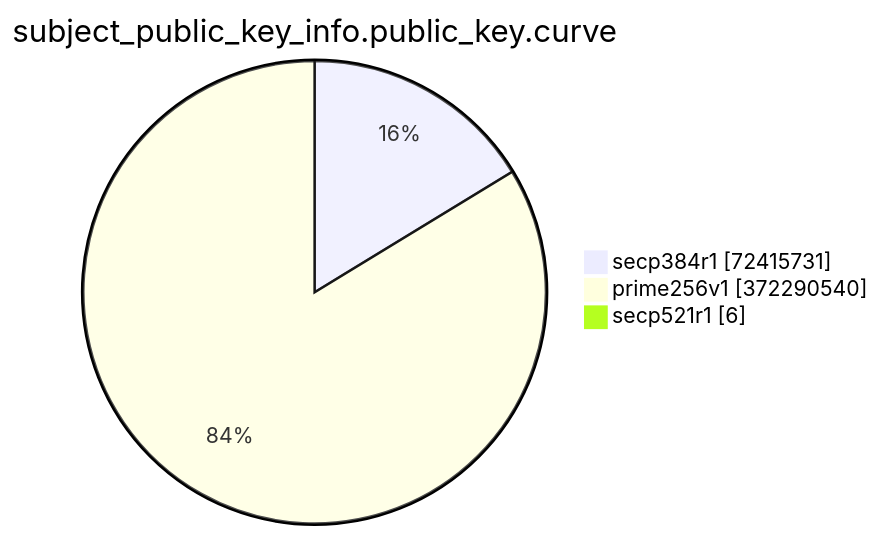
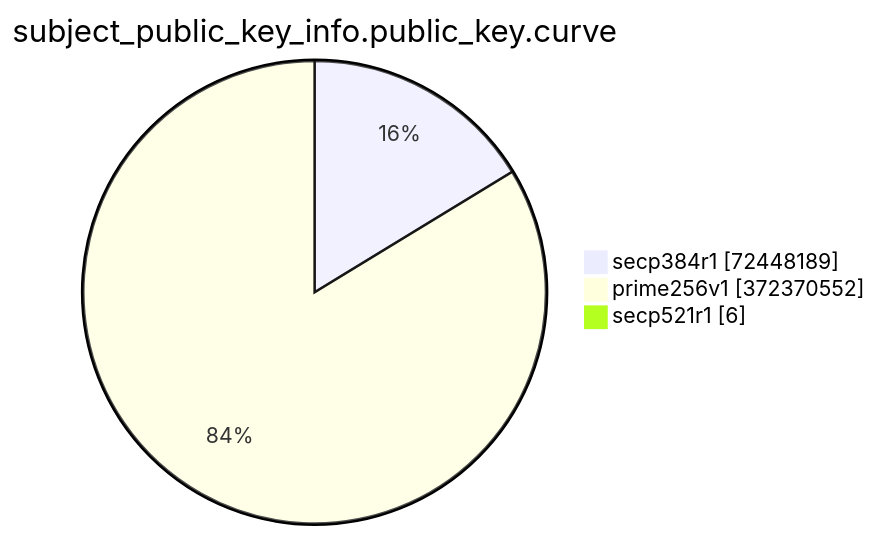
The eighth of 15 diagrams in TOTAL/README.md (christiankrug/ctmonitor_visualization), drawn with Mermaid before and after one commit. The commit also changed other lines of this file, not shown here.

````diff
--- a/TOTAL/README.md
+++ b/TOTAL/README.md
@@ -3092,7 +3092,7 @@
 ```mermaid
 pie showData
 title subject_public_key_info.public_key.curve
-"secp384r1" :72415731
-"prime256v1" :372290540
+"secp384r1" :72448189
+"prime256v1" :372370552
 "secp521r1" :6
 ```
````
